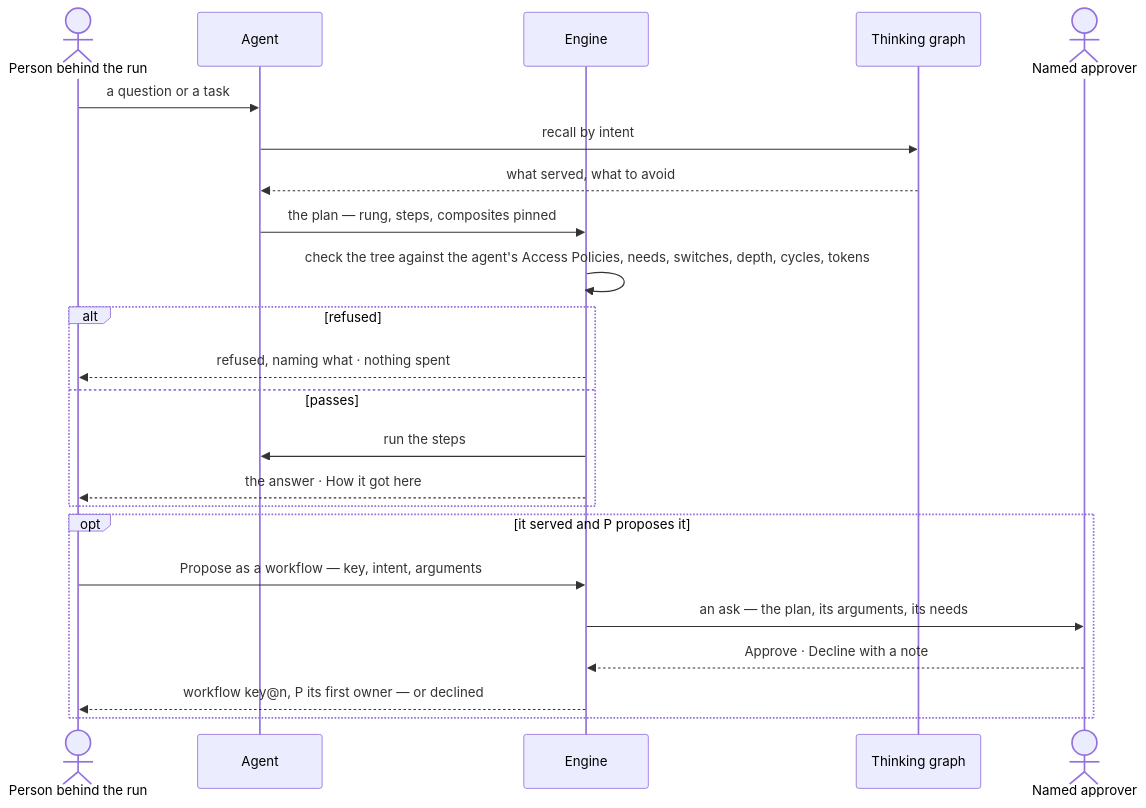
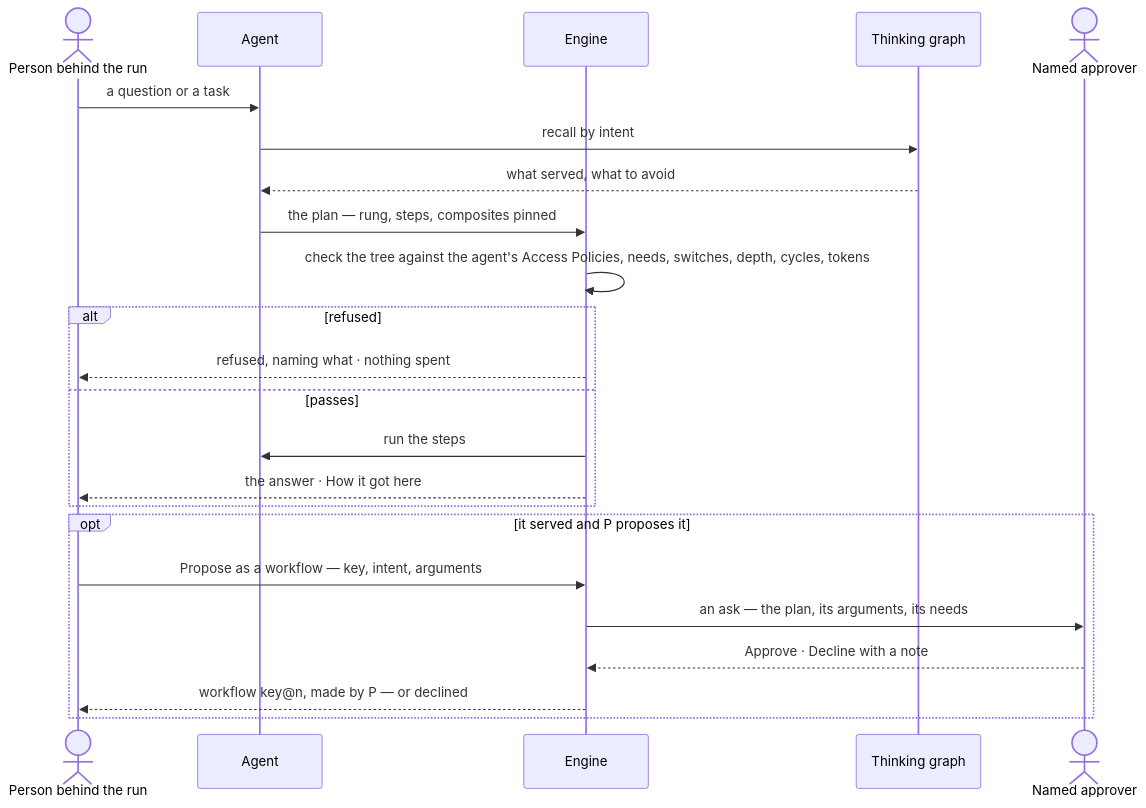
The second of 2 diagrams in specs/capabilities/agents/features/AG-F06-plans-and-workflows/feature.md (invana/invana), drawn with Mermaid before and after one commit. The commit also changed other lines of this file and 300 other files, not shown here.

````diff
--- a/specs/capabilities/agents/features/AG-F06-plans-and-workflows/feature.md
+++ b/specs/capabilities/agents/features/AG-F06-plans-and-workflows/feature.md
@@ -63,25 +64,25 @@
 ```mermaid
 sequenceDiagram
   actor P as Person behind the run
   participant A as Agent
   participant E as Engine
   participant T as Thinking graph
   actor N as Named approver
   P->>A: a question or a task
   A->>T: recall by intent
   T-->>A: what served, what to avoid
   A->>E: the plan — rung, steps, composites pinned
   E->>E: check the tree against the agent's Access Policies, needs, switches, depth, cycles, tokens
   alt refused
     E-->>P: refused, naming what · nothing spent
   else passes
     E->>A: run the steps
     E-->>P: the answer · How it got here
   end
   opt it served and P proposes it
     P->>E: Propose as a workflow — key, intent, arguments
     E->>N: an ask — the plan, its arguments, its needs
     N-->>E: Approve · Decline with a note
-    E-->>P: workflow key@n, P its first owner — or declined
+    E-->>P: workflow key@n, made by P — or declined
   end
 ```
````
